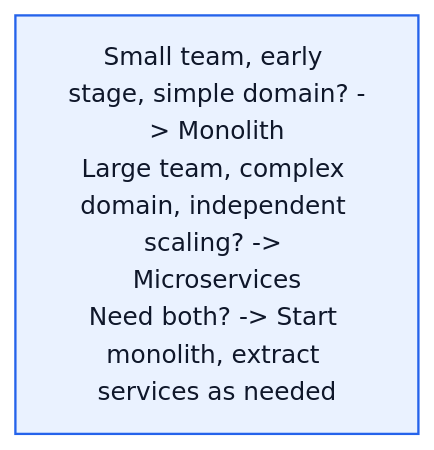
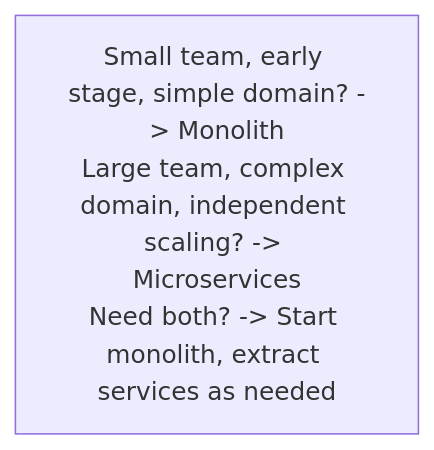
Before and after one commit to shivaram0583/system-design: the third of 3 diagrams in 05-comparisons/README.md, drawn with Mermaid. The commit also changed other lines of this file and 64 other files, not shown here.

````diff
--- a/05-comparisons/README.md
+++ b/05-comparisons/README.md
@@ -43,8 +35,4 @@
 ```mermaid
 flowchart TB
-    classDef primary fill:#eaf2ff,stroke:#2563eb,stroke-width:1.5px,color:#0f172a;
-    classDef secondary fill:#f8fafc,stroke:#94a3b8,stroke-width:1.2px,color:#0f172a;
-    linkStyle default stroke:#64748b,stroke-width:1.3px;
     N0["Small team, early stage, simple domain? -&gt; Monolith<br/>Large team, complex domain, independent scaling? -&gt; Microservices<br/>Need both? -&gt; Start monolith, extract services as needed"]
-    class N0 primary
 ```
````
